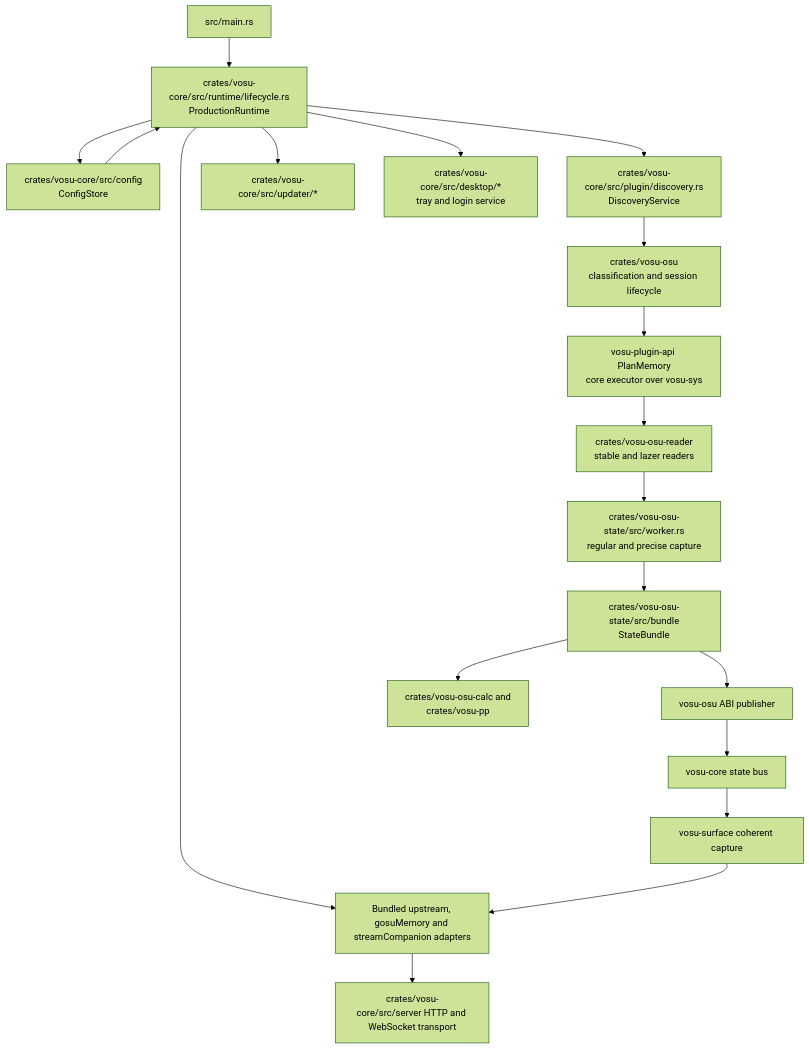
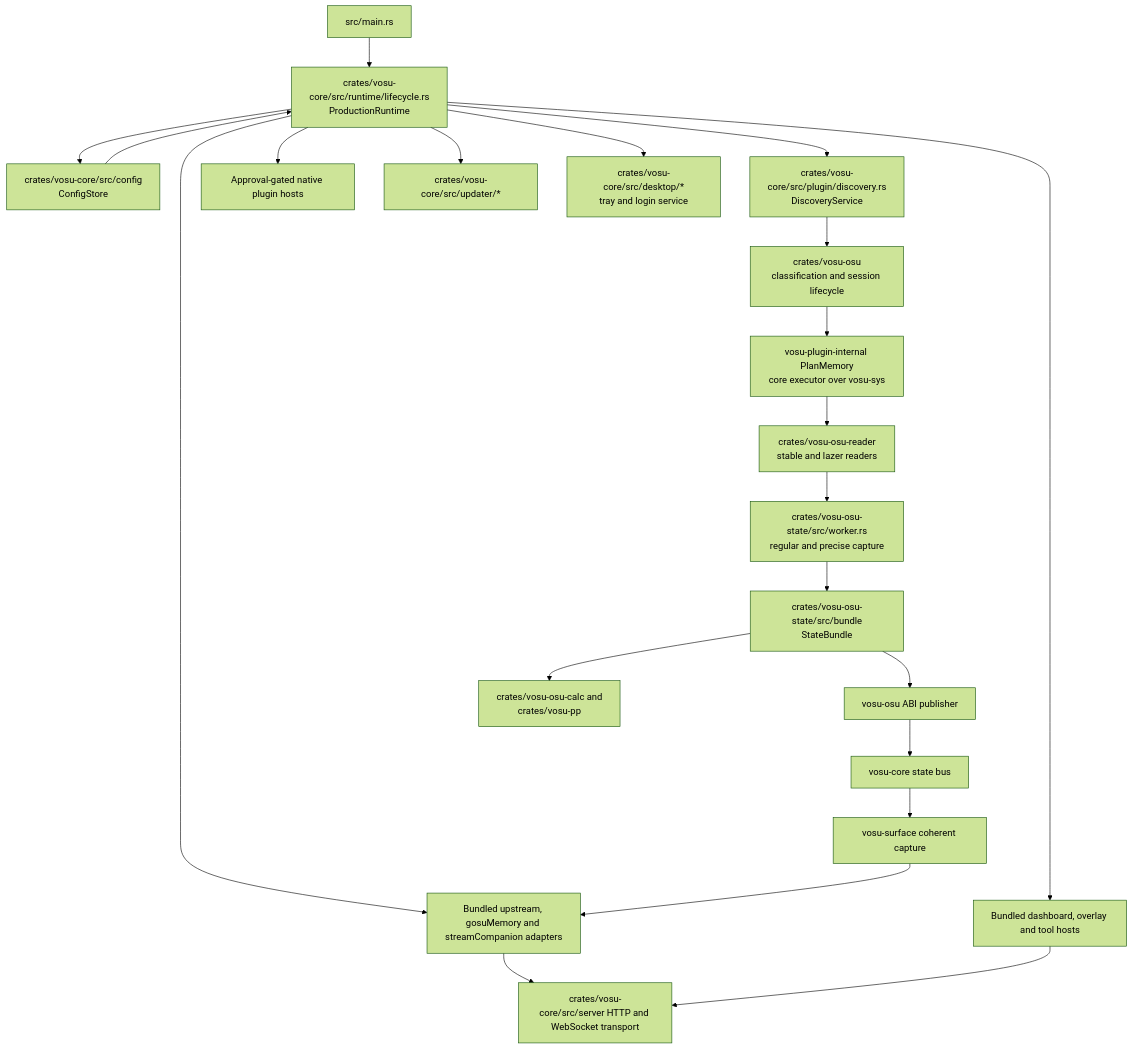
Before and after one commit to 18-lab-dev/vosu: the second of 3 diagrams in docs/architecture/overview.md, drawn with Mermaid (forest theme). The commit also changed other lines of this file and 11 other files, not shown here.

````diff
--- a/docs/architecture/overview.md
+++ b/docs/architecture/overview.md
@@ -44,21 +44,24 @@
 ```mermaid
 flowchart TB
     Entry[src/main.rs] --> Runtime[crates/vosu-core/src/runtime/lifecycle.rs<br/>ProductionRuntime]
     Runtime --> Config[crates/vosu-core/src/config<br/>ConfigStore]
     Runtime --> Discovery[crates/vosu-core/src/plugin/discovery.rs<br/>DiscoveryService]
     Discovery --> Plugin[crates/vosu-osu<br/>classification and session lifecycle]
-    Plugin --> Process[vosu-plugin-api PlanMemory<br/>core executor over vosu-sys]
+    Plugin --> Process[vosu-plugin-internal PlanMemory<br/>core executor over vosu-sys]
     Process --> Readers[crates/vosu-osu-reader<br/>stable and lazer readers]
     Runtime --> Adapters[Bundled upstream, gosuMemory and streamCompanion adapters]
     Readers --> Workers[crates/vosu-osu-state/src/worker.rs<br/>regular and precise capture]
     Workers --> Reducer[crates/vosu-osu-state/src/bundle<br/>StateBundle]
     Reducer --> Publisher[vosu-osu ABI publisher]
     Publisher --> Bus[vosu-core state bus]
     Bus --> Surface[vosu-surface coherent capture]
     Surface --> Adapters
     Adapters --> Server[crates/vosu-core/src/server HTTP and WebSocket transport]
+    Runtime --> Hosts[Bundled dashboard, overlay and tool hosts]
+    Hosts --> Server
+    Runtime --> Children[Approval-gated native plugin hosts]
     Reducer --> Calc[crates/vosu-osu-calc and<br/>crates/vosu-pp]
     Config --> Runtime
     Runtime --> Update[crates/vosu-core/src/updater/*]
     Runtime --> Desktop[crates/vosu-core/src/desktop/*<br/>tray and login service]
 ```
````
